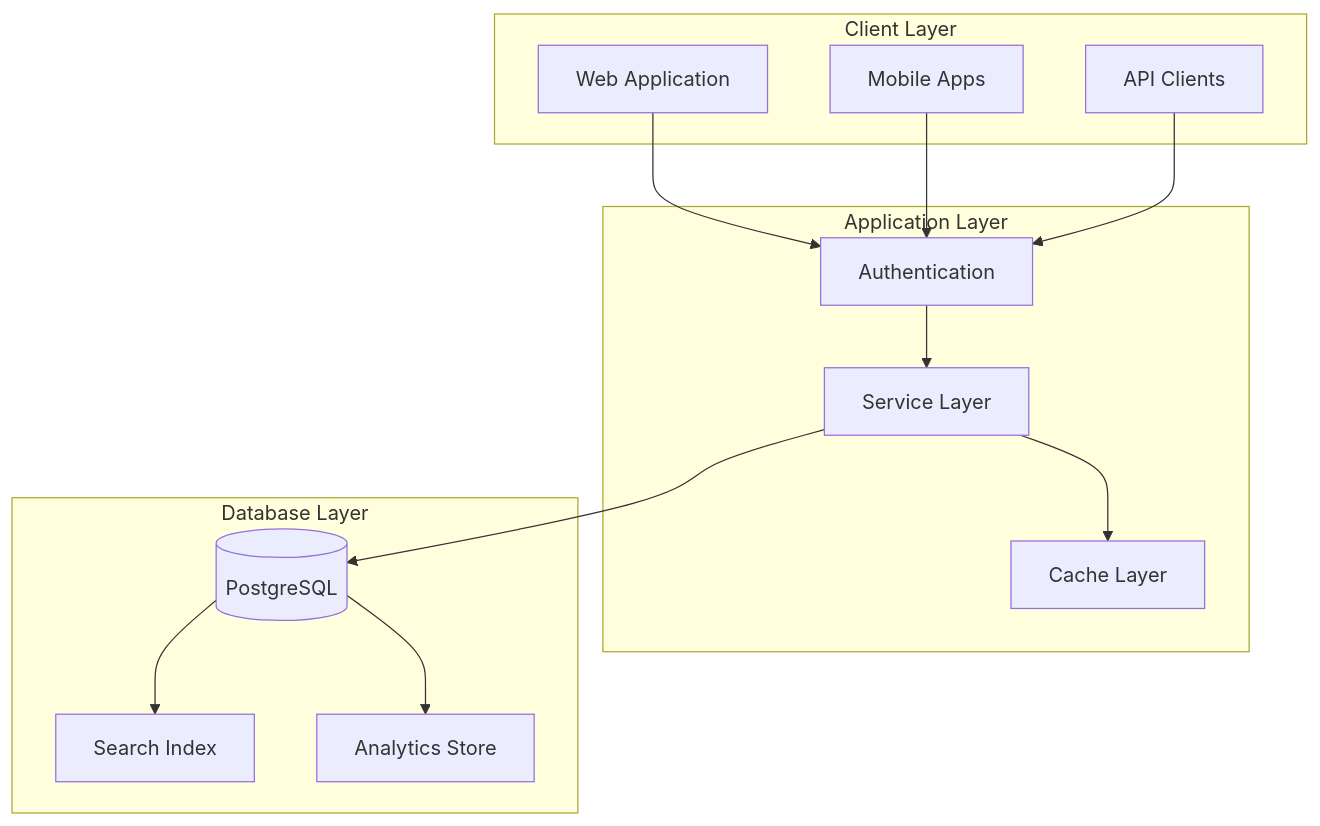
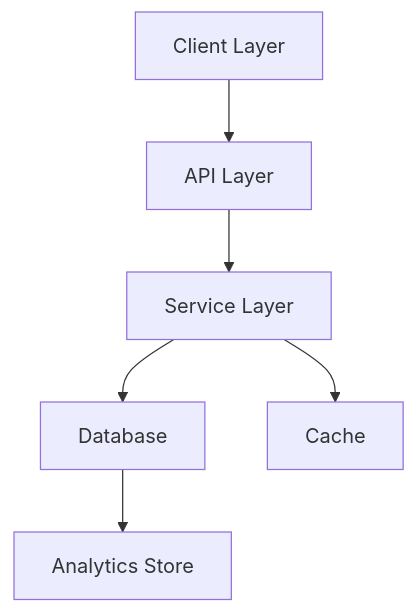
One commit to 47products/Neighbour-Approved changed the first of 6 diagrams in docs/database-design.md. Above: the diagram before and after it, drawn with Mermaid. The commit also changed other lines of this file and 8 other files, not shown here.

````diff
--- a/docs/database-design.md
+++ b/docs/database-design.md
@@ -35,29 +39,6 @@
 ```mermaid
 graph TB
-    subgraph Client Layer
-        Web[Web Application]
-        Mobile[Mobile Apps]
-        API[API Clients]
-    end
-
-    subgraph Application Layer
-        Auth[Authentication]
-        Services[Service Layer]
-        Cache[Cache Layer]
-    end
-
-    subgraph Database Layer
-        DB[(PostgreSQL)]
-        Search[Search Index]
-        Analytics[Analytics Store]
-    end
-
-    Web --> Auth
-    Mobile --> Auth
-    API --> Auth
-    Auth --> Services
-    Services --> Cache
-    Services --> DB
-    DB --> Search
-    DB --> Analytics
+    Client["Client Layer"] --> API["API Layer"] --> Services["Service Layer"] --> DB["Database"]
+    Services --> Cache["Cache"]
+    DB --> Analytics["Analytics Store"]
 ```
````
